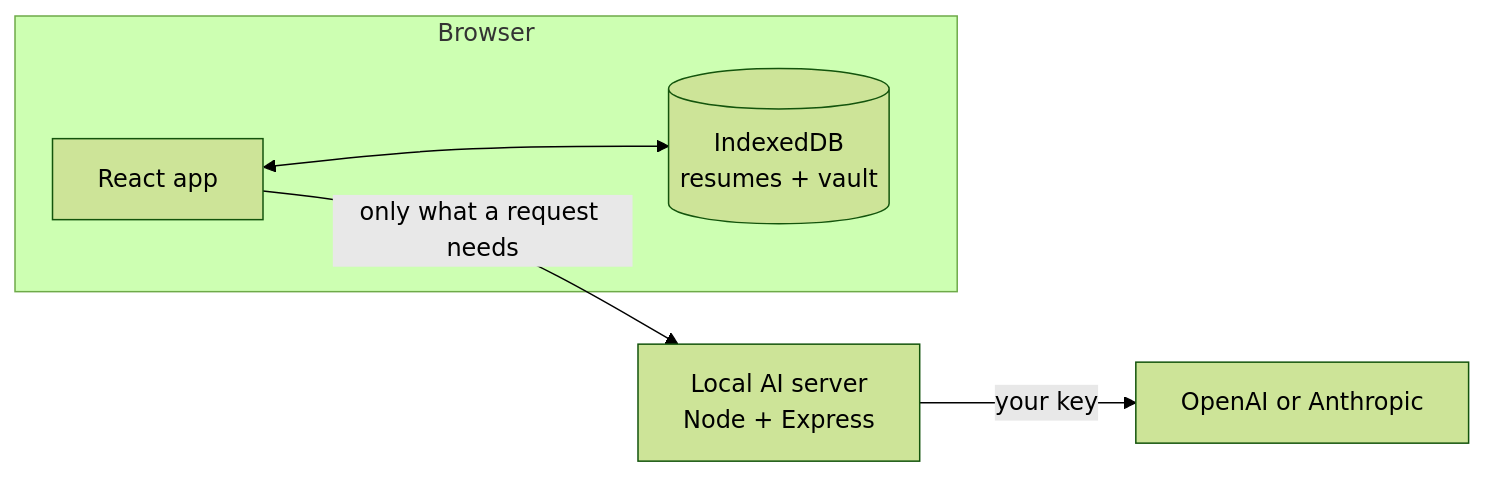
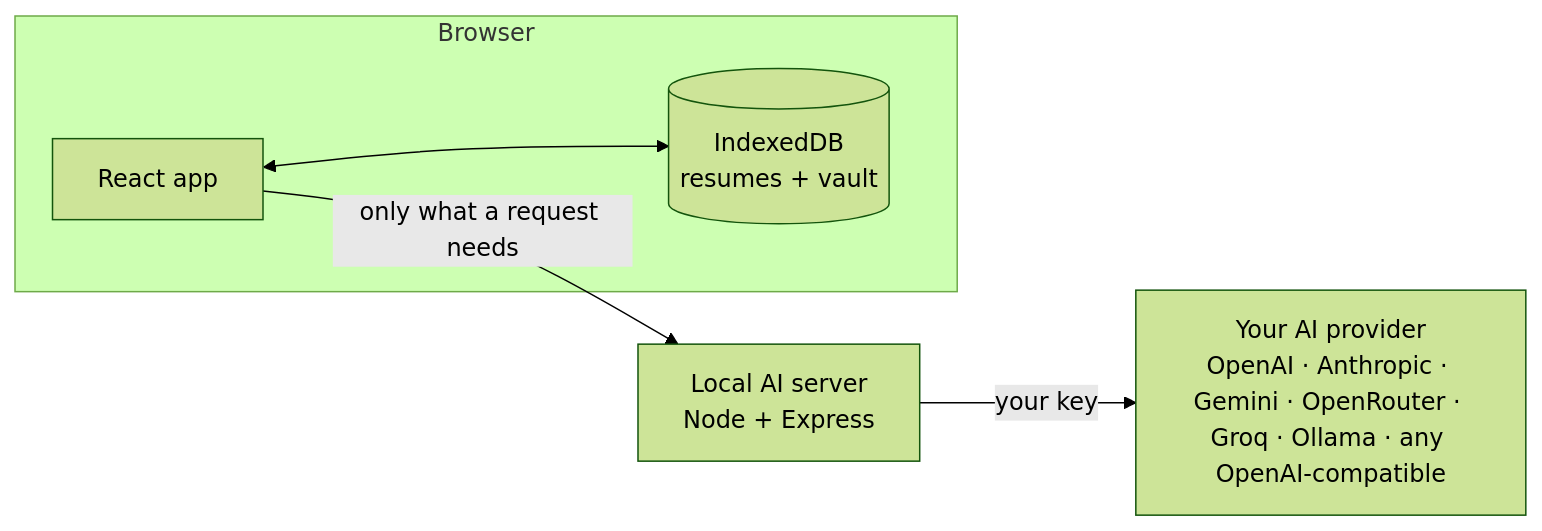
Before and after one commit to abhishek17r/resume-builder: the second of 2 diagrams in README.md, drawn with Mermaid (forest theme). The commit also changed other lines of this file and 6 other files, not shown here.

First line of the commit message:
Integrations page: bring your own AI provider

````diff
--- a/README.md
+++ b/README.md
@@ -98,8 +101,8 @@
 ```mermaid
 flowchart LR
   subgraph Browser
     UI[React app] <--> DB[(IndexedDB<br/>resumes + vault)]
   end
   UI -- only what a request needs --> API[Local AI server<br/>Node + Express]
-  API -- your key --> P[OpenAI or Anthropic]
+  API -- your key --> P[Your AI provider<br/>OpenAI · Anthropic · Gemini · OpenRouter · Groq · Ollama · any OpenAI-compatible]
 ```
````
